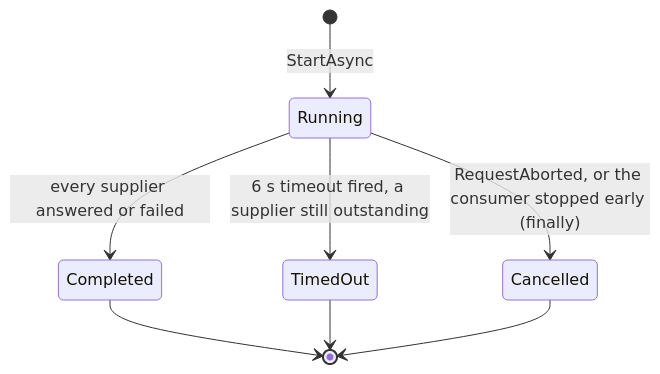
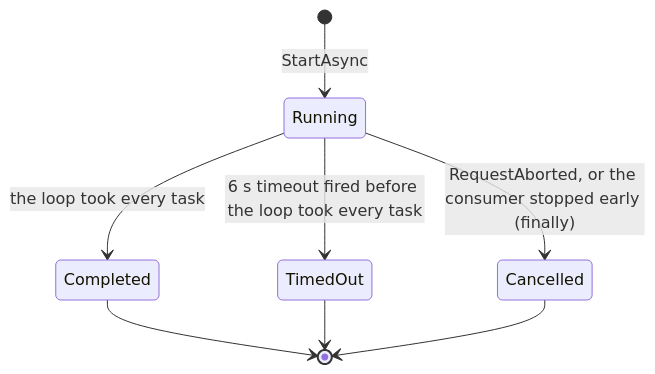
One commit to l-Vladislav/pricehunt changed the first of 2 diagrams in docs/plan.md. Above: the diagram before and after it, drawn with Mermaid. The commit also changed other lines of this file and 9 other files, not shown here.

````diff
--- a/docs/plan.md
+++ b/docs/plan.md
@@ -54,10 +56,10 @@
 ```mermaid
 stateDiagram-v2
     [*] --> Running: StartAsync
-    Running --> Completed: every supplier answered or failed
-    Running --> TimedOut: 6 s timeout fired, a supplier still outstanding
+    Running --> Completed: the loop took every task
+    Running --> TimedOut: 6 s timeout fired before the loop took every task
     Running --> Cancelled: RequestAborted, or the consumer stopped early (finally)
     Completed --> [*]
     TimedOut --> [*]
     Cancelled --> [*]
 ```
````
